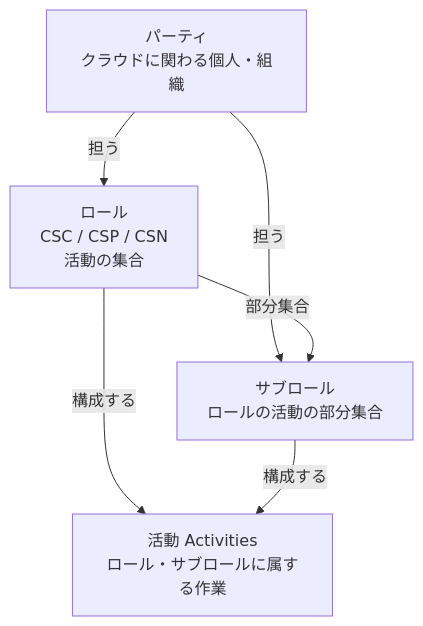
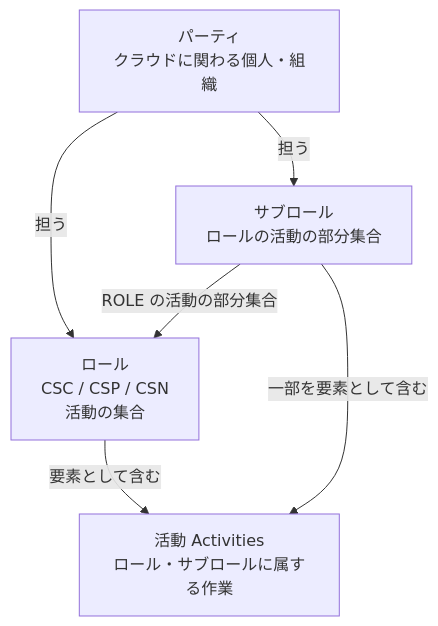
Before and after one commit to myoshi2891/Cloud-Infrastructure-and-Network-Studies: the fourth of 20 diagrams in Iso-iec-22123-3-2023-guide.md, drawn with Mermaid. The commit also changed other lines of this file and 7 other files, not shown here.

````diff
--- a/Iso-iec-22123-3-2023-guide.md
+++ b/Iso-iec-22123-3-2023-guide.md
@@ -185,13 +185,13 @@
 ```mermaid
 flowchart TB
     PARTY["パーティ<br/>クラウドに関わる個人・組織"]
     ROLE["ロール<br/>CSC / CSP / CSN<br/>活動の集合"]
     SUB["サブロール<br/>ロールの活動の部分集合"]
     ACT["活動 Activities<br/>ロール・サブロールに属する作業"]
 
     PARTY -->|担う| ROLE
     PARTY -->|担う| SUB
-    ROLE -->|部分集合| SUB
-    ROLE -->|構成する| ACT
-    SUB -->|構成する| ACT
+    SUB -->|ROLE の活動の部分集合| ROLE
+    ROLE -->|要素として含む| ACT
+    SUB -->|一部を要素として含む| ACT
 ```
````
